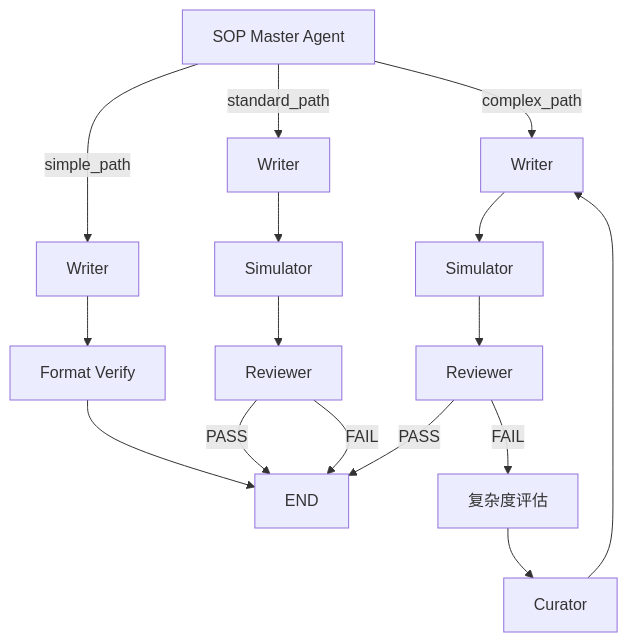
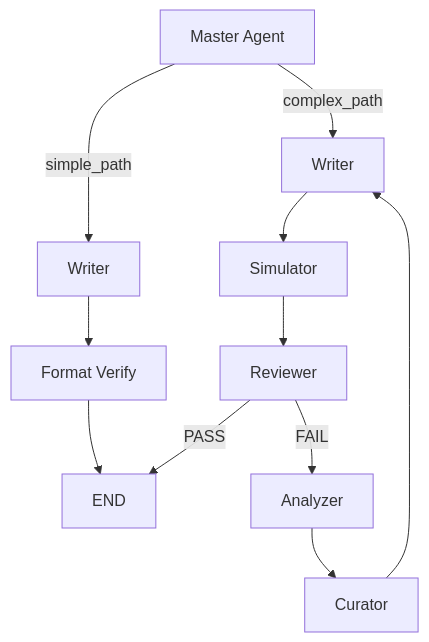
The diagram in sop_deeplang/README.md (1stphs/glp_generate-sop), drawn with Mermaid before and after one commit. The commit also changed other lines of this file and 5 other files, not shown here.

````diff
--- a/sop_deeplang/README.md
+++ b/sop_deeplang/README.md
@@ -100,26 +103,19 @@
 ```mermaid
 graph TD
-    Master[SOP Master Agent]
-    Analyzer[复杂度评估]
+    Master[Master Agent]
+    Analyzer[Analyzer]
 
     %% Simple Path
     Master -- simple_path --> WriterS[Writer]
     WriterS --> FV[Format Verify]
     FV --> END
-
-    %% Standard Path
-    Master -- standard_path --> WriterSt[Writer]
-    WriterSt --> SimSt[Simulator]
-    SimSt --> RevSt[Reviewer]
-    RevSt -- PASS --> END
-    RevSt -- FAIL --> END
 
     %% Complex Path (Retry Loop)
     Master -- complex_path --> WriterC[Writer]
     WriterC --> SimC[Simulator]
     SimC --> RevC[Reviewer]
     RevC -- PASS --> END
     RevC -- FAIL --> Analyzer
     Analyzer --> Curator[Curator]
     Curator --> WriterC
 ```
````
